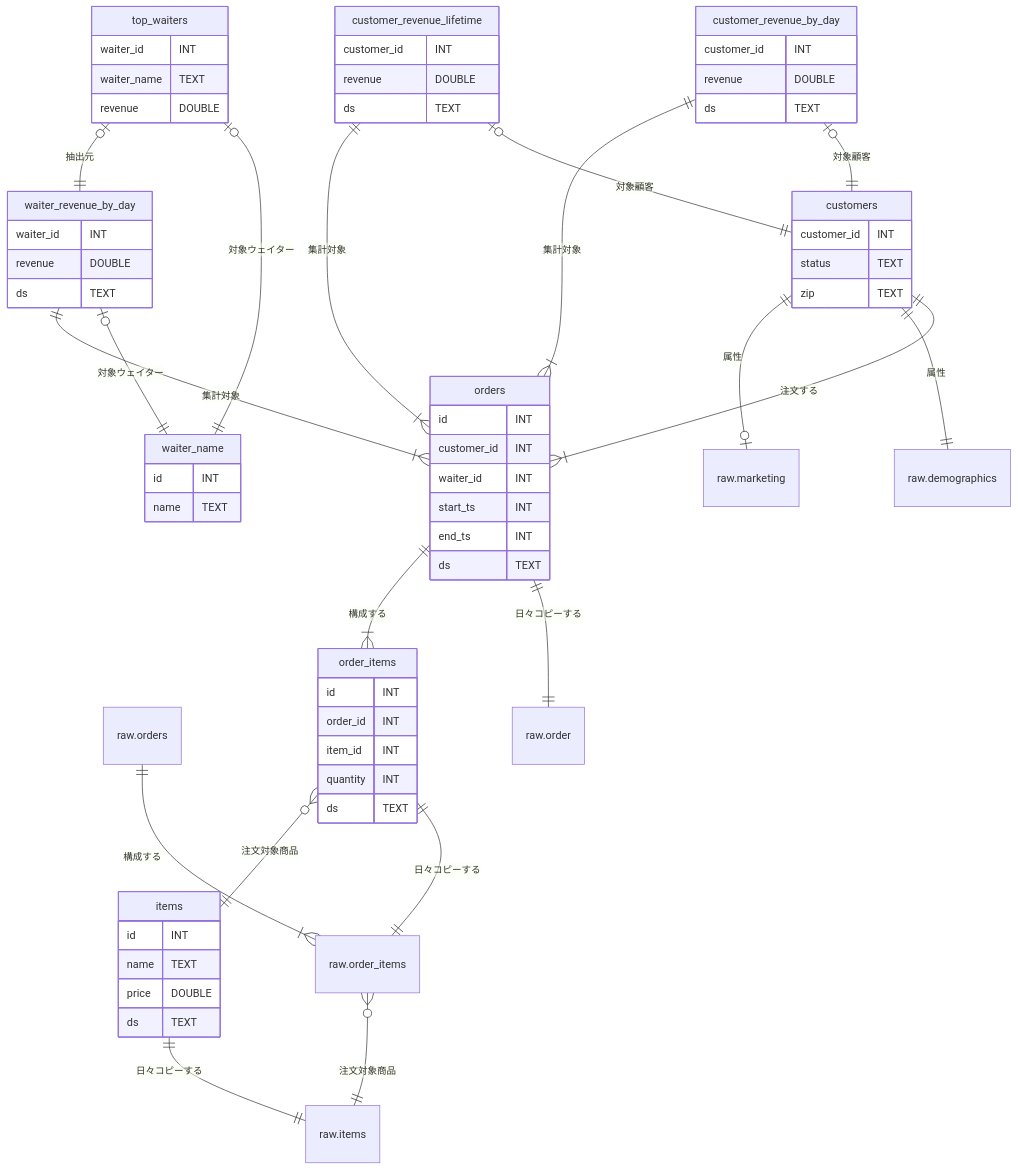
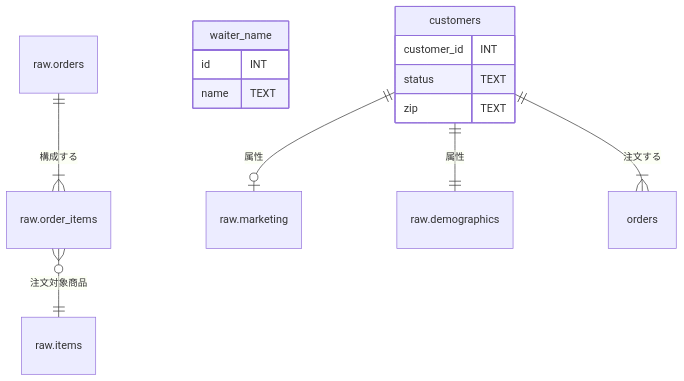
The third of 3 diagrams in articles/8752f660373534.md (take0a/zenn-docs), drawn with Mermaid before and after one commit.

Commit message:
半分カット

````diff
--- a/articles/8752f660373534.md
+++ b/articles/8752f660373534.md
@@ -1546,81 +1546,27 @@
 ```mermaid
 erDiagram
     raw.orders||--|{ raw.order_items : "構成する"
     raw.order_items }o--|| raw.items : "注文対象商品"
     raw.marketing {
     }
     raw.demographics {
     }
     raw.orders{
     }
     raw.order_items {
     }
     raw.items {
     }
     waiter_name {
         id INT
         name TEXT
     }
     customers ||--|{ orders : "注文する"
     customers ||--|| raw.demographics : "属性"
     customers ||--o| raw.marketing : "属性"
     customers {
         customer_id INT
         status TEXT
         zip TEXT
     }
-    items ||--|| raw.items : "日々コピーする"
-    items {
-      id INT
-      name TEXT
-      price DOUBLE
-      ds TEXT
-    }
-    orders ||--|| raw.order : "日々コピーする"
-    orders ||--|{ order_items : "構成する"
-    orders {
-      id INT
-      customer_id INT
-      waiter_id INT
-      start_ts INT
-      end_ts INT
-      ds TEXT
-    }
-    order_items ||--|| raw.order_items: "日々コピーする"
-    order_items }o--|| items : "注文対象商品"
-    order_items {
-      id INT
-      order_id INT
-      item_id INT
-      quantity INT
-      ds TEXT
-    }
-    customer_revenue_by_day |o--|| customers : "対象顧客"
-    customer_revenue_by_day ||--|{ orders: "集計対象"
-    customer_revenue_by_day {
-        customer_id INT
-        revenue DOUBLE
-        ds TEXT
-    }
-    customer_revenue_lifetime |o--|| customers : "対象顧客"
-    customer_revenue_lifetime ||--|{ orders: "集計対象"
-    customer_revenue_lifetime {
-        customer_id INT
-        revenue DOUBLE
-        ds TEXT
-    }
-    waiter_revenue_by_day |o--|| waiter_name : "対象ウェイター"
-    waiter_revenue_by_day ||--|{ orders: "集計対象"
-    waiter_revenue_by_day {
-        waiter_id INT
-        revenue DOUBLE
-        ds TEXT
-    }
-    top_waiters |o--|| waiter_name : "対象ウェイター"
-    top_waiters |o--|| waiter_revenue_by_day : "抽出元"
-    top_waiters {
-        waiter_id INT
-        waiter_name TEXT
-        revenue DOUBLE
-    }
 ```
````
